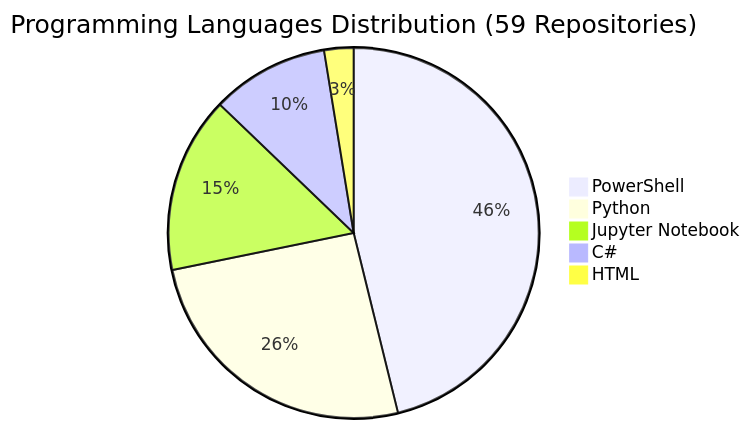
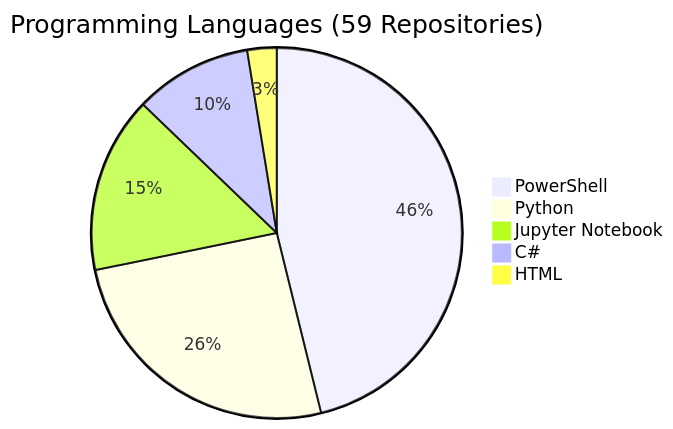
The diagram in REPOS.md (fabioc-aloha/fabioc-aloha), drawn with Mermaid before and after one commit. The commit also changed other lines of this file and 2 other files, not shown here.

Commit message:
chore: update repo analysis with latest changes

````diff
--- a/REPOS.md
+++ b/REPOS.md
@@ -102,8 +102,8 @@
 ```mermaid
-pie title Programming Languages Distribution (59 Repositories)
+pie title Programming Languages (59 Repositories)
     "PowerShell" : 18
     "Python" : 10
     "Jupyter Notebook" : 6
     "C#" : 4
     "HTML" : 1
 ```
````
